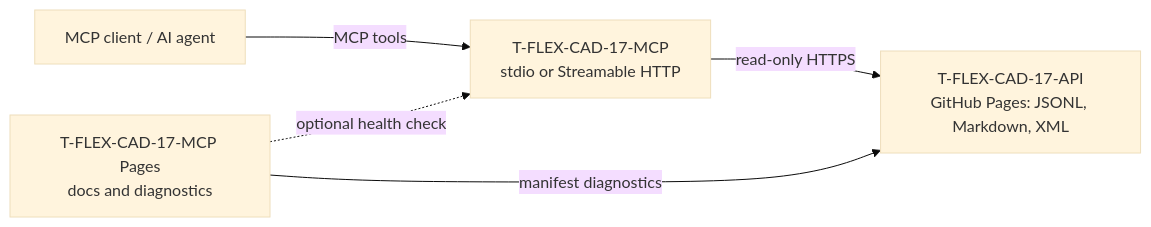
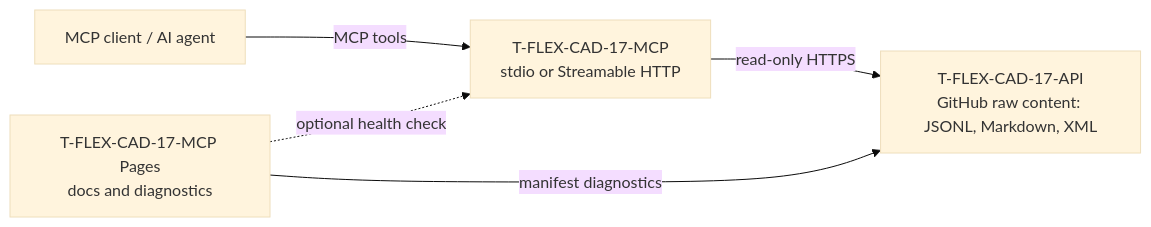
The diagram in README.md (KrickmanC/T-FLEX-CAD-17-MCP), drawn with Mermaid (base theme) before and after one commit. The commit also changed other lines of this file and 5 other files, not shown here.

Commit message:
fix: use raw GitHub content for API layer

````diff
--- a/README.md
+++ b/README.md
@@ -9,12 +9,12 @@
 ```mermaid
 flowchart LR
     C[MCP client / AI agent]
     M[T-FLEX-CAD-17-MCP\nstdio or Streamable HTTP]
-    A[T-FLEX-CAD-17-API\nGitHub Pages: JSONL, Markdown, XML]
+    A[T-FLEX-CAD-17-API\nGitHub raw content: JSONL, Markdown, XML]
     P[T-FLEX-CAD-17-MCP Pages\ndocs and diagnostics]
 
     C -->|MCP tools| M
     M -->|read-only HTTPS| A
     P -->|manifest diagnostics| A
     P -.->|optional health check| M
 ```
````
